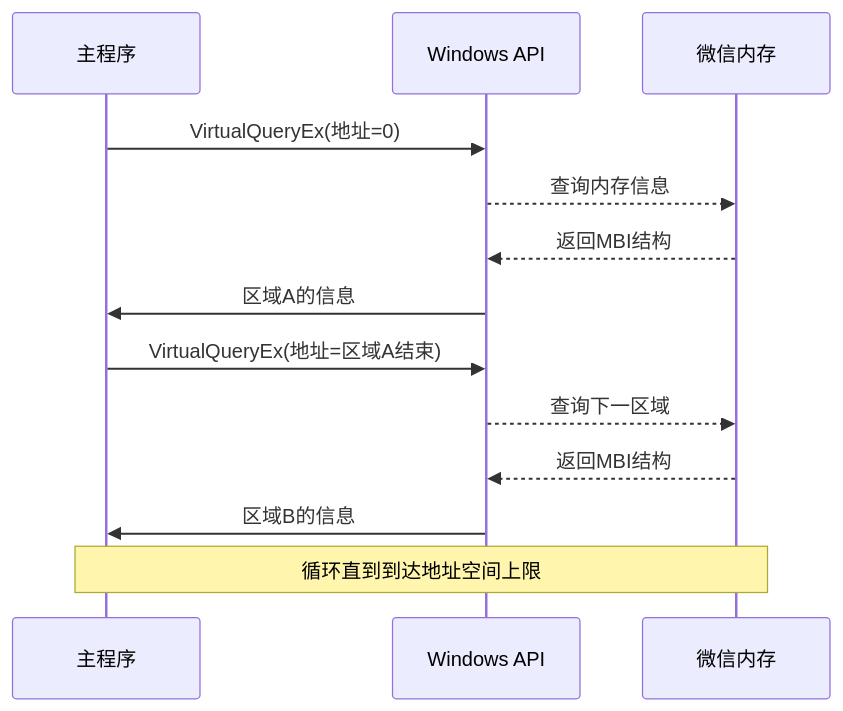
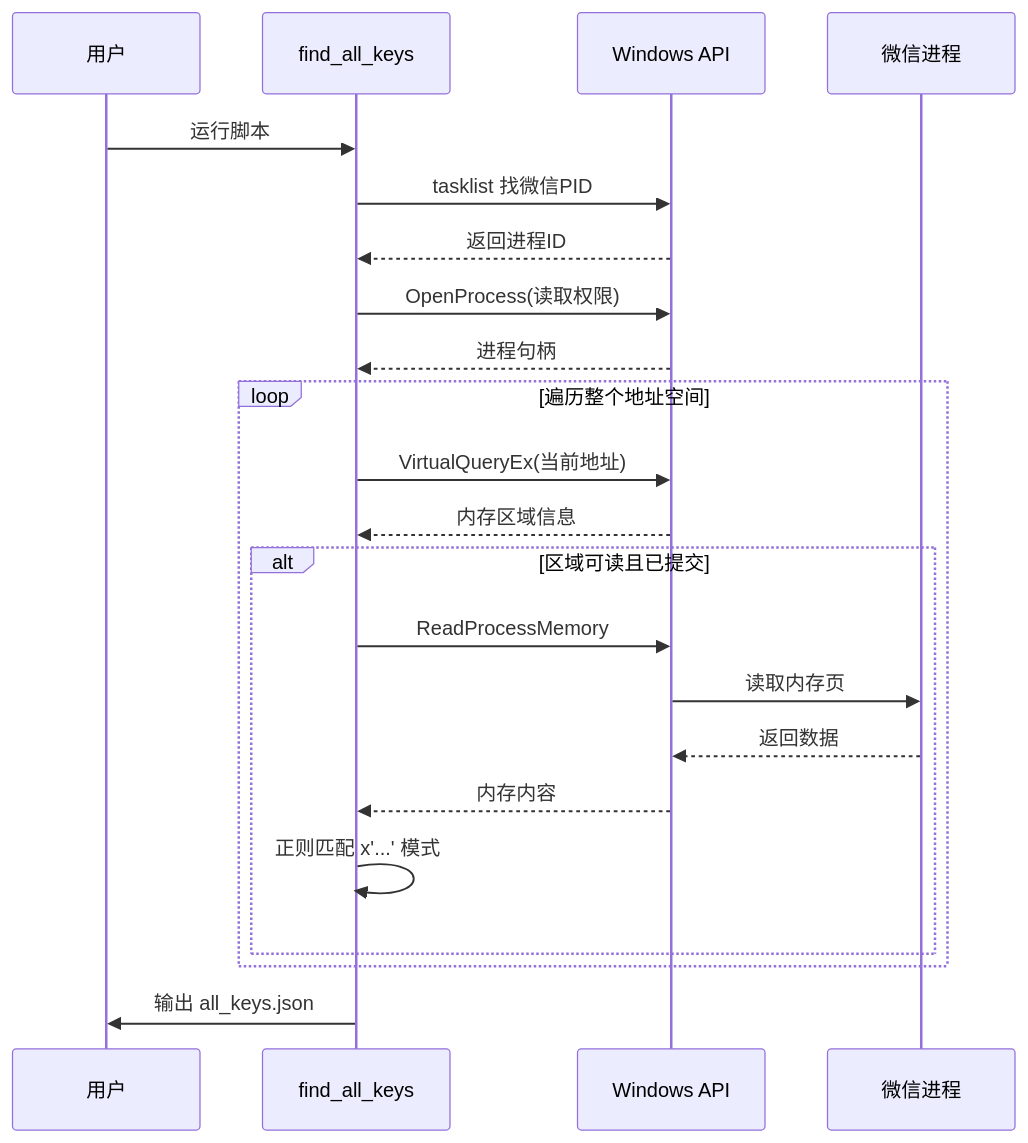
Before and after one commit to nerdneilsfield/code-wiki-pages: the second of 5 diagrams in public/wechat-decrypt/guide-beginners-guide-finding-keys.md, drawn with Mermaid. The commit also changed other lines of this file and 30 other files, not shown here.

````diff
--- a/public/wechat-decrypt/guide-beginners-guide-finding-keys.md
+++ b/public/wechat-decrypt/guide-beginners-guide-finding-keys.md
@@ -124,18 +47,27 @@
 ```mermaid
 sequenceDiagram
-    participant Main as 主程序
+    participant User as 用户
+    participant Finder as find_all_keys
     participant WinAPI as Windows API
-    participant Mem as 微信内存
+    participant WeChat as 微信进程
     
-    Main->>WinAPI: VirtualQueryEx(地址=0)
-    WinAPI-->>Mem: 查询内存信息
-    Mem-->>WinAPI: 返回MBI结构
-    WinAPI->>Main: 区域A的信息
+    User->>Finder: 运行脚本
+    Finder->>WinAPI: tasklist 找微信PID
+    WinAPI-->>Finder: 返回进程ID
+    Finder->>WinAPI: OpenProcess(读取权限)
+    WinAPI-->>Finder: 进程句柄
     
-    Main->>WinAPI: VirtualQueryEx(地址=区域A结束)
-    WinAPI-->>Mem: 查询下一区域
-    Mem-->>WinAPI: 返回MBI结构
-    WinAPI->>Main: 区域B的信息
+    loop 遍历整个地址空间
+        Finder->>WinAPI: VirtualQueryEx(当前地址)
+        WinAPI-->>Finder: 内存区域信息
+        alt 区域可读且已提交
+            Finder->>WinAPI: ReadProcessMemory
+            WinAPI->>WeChat: 读取内存页
+            WeChat-->>WinAPI: 返回数据
+            WinAPI-->>Finder: 内存内容
+            Finder->>Finder: 正则匹配 x'...' 模式
+        end
+    end
     
-    Note over Main,Mem: 循环直到到达地址空间上限
+    Finder->>User: 输出 all_keys.json
 ```
````
